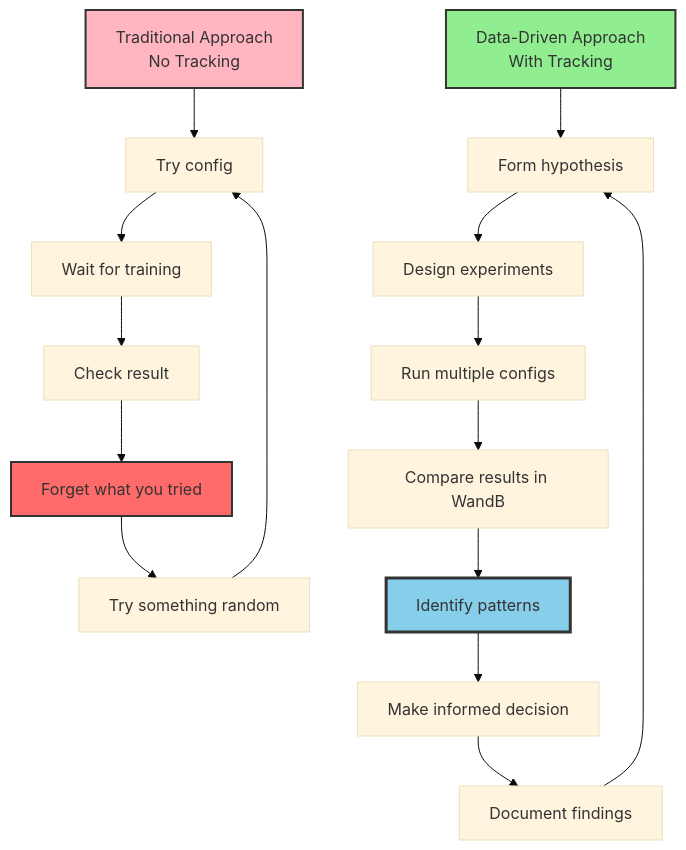
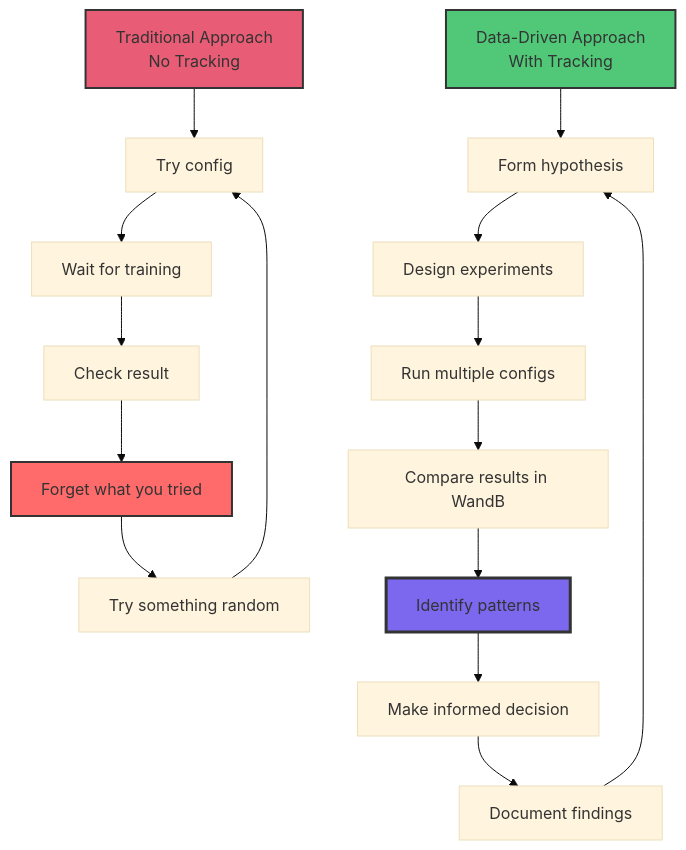
Before and after one commit to tenstorrent/tt-vscode-toolkit: the diagram in content/lessons/ct6-experiment-tracking.md, drawn with Mermaid (base theme). The commit also changed 9 other files, not shown here.

````diff
--- a/content/lessons/ct6-experiment-tracking.md
+++ b/content/lessons/ct6-experiment-tracking.md
@@ -593,23 +593,23 @@
 ```mermaid
 graph TD
     A[Traditional Approach<br/>No Tracking] --> B[Try config]
     B --> C[Wait for training]
     C --> D[Check result]
     D --> E[Forget what you tried]
     E --> F[Try something random]
     F --> B
 
     G[Data-Driven Approach<br/>With Tracking] --> H[Form hypothesis]
     H --> I[Design experiments]
     I --> J[Run multiple configs]
     J --> K[Compare results in WandB]
     K --> L[Identify patterns]
     L --> M[Make informed decision]
     M --> N[Document findings]
     N --> H
 
-    style A fill:#FFB6C1,stroke:#333,stroke-width:2px
-    style G fill:#90EE90,stroke:#333,stroke-width:2px
+    style A fill:#E85D75,stroke:#333,stroke-width:2px
+    style G fill:#50C878,stroke:#333,stroke-width:2px
     style E fill:#FF6B6B,stroke:#333,stroke-width:2px
-    style L fill:#87CEEB,stroke:#333,stroke-width:3px
+    style L fill:#7B68EE,stroke:#333,stroke-width:3px
 ```
````
